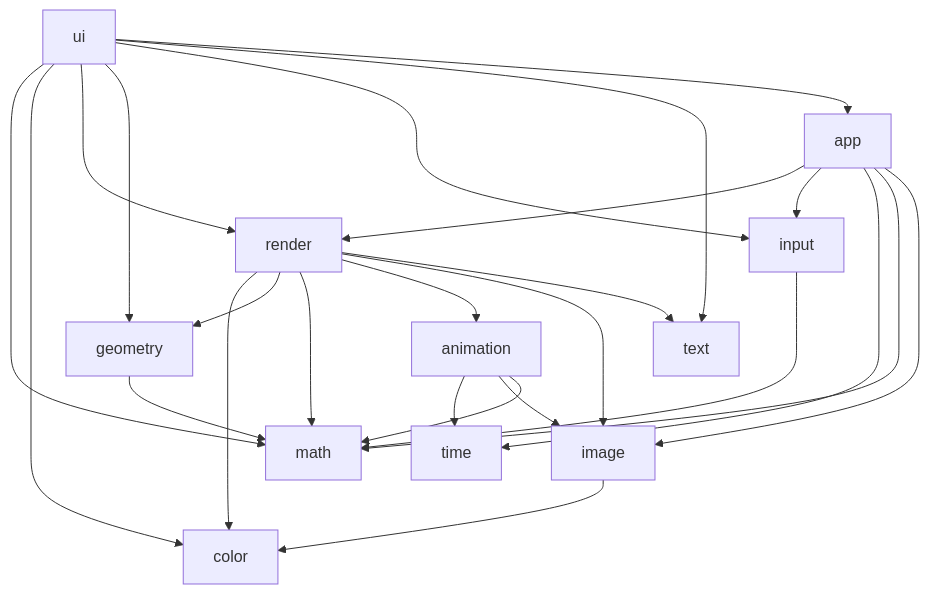
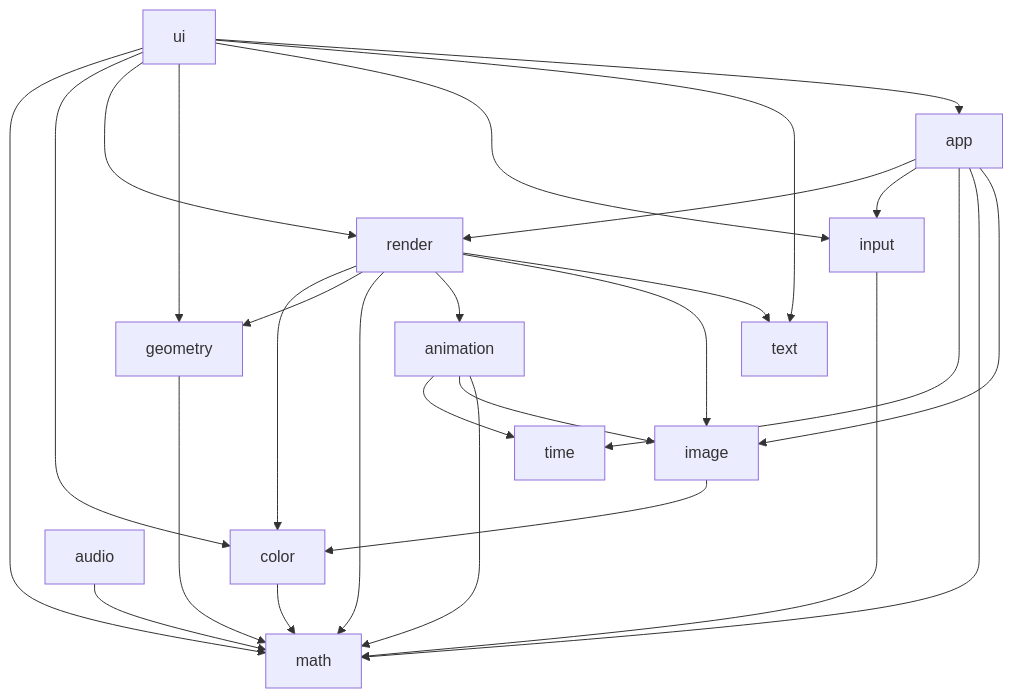
Before and after one commit to create-framework/create: the third of 3 diagrams in ARCHITECTURE.md, drawn with Mermaid. The commit also changed other lines of this file and 113 other files, not shown here.

````diff
--- a/ARCHITECTURE.md
+++ b/ARCHITECTURE.md
@@ -145,27 +145,29 @@
 ```mermaid
 flowchart TD
     image --> color
     ui --> math
     render --> color
     app --> render
     ui --> color
     render --> geometry
     ui --> render
     render --> math
     app --> input
     animation --> time
     animation --> image
     geometry --> math
     render --> animation
     render --> image
     render --> text
     ui --> geometry
     app --> time
     ui --> input
     app --> math
     ui --> text
     app --> image
     animation --> math
     input --> math
     ui --> app
+    color --> math
+    audio --> math
 ```
````
